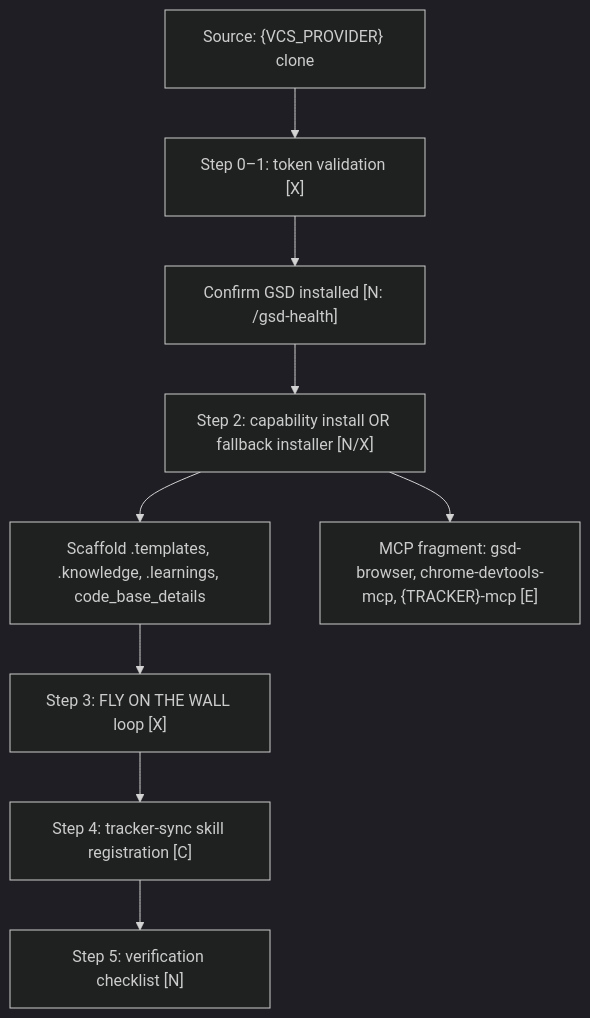
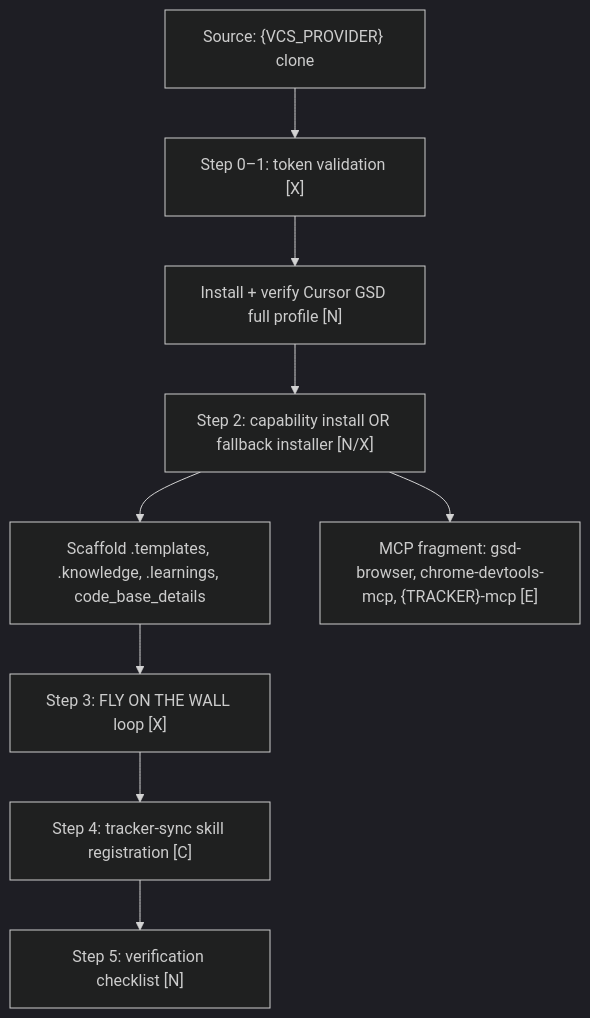
One commit to vs06101996/NetApp-GSD-Recipe changed the diagram in docs/netapp-recipe/lld/INSTALL-LLD.md. Above: the diagram before and after it, drawn with Mermaid (dark theme). The commit also changed other lines of this file and 61 other files, not shown here.

````diff
--- a/docs/netapp-recipe/lld/INSTALL-LLD.md
+++ b/docs/netapp-recipe/lld/INSTALL-LLD.md
@@ -49,11 +49,11 @@
 ```mermaid
 flowchart TB
   SRC["Source: {VCS_PROVIDER} clone"] --> TOK["Step 0–1: token validation [X]"]
-  TOK --> GSD["Confirm GSD installed [N: /gsd-health]"]
+  TOK --> GSD["Install + verify Cursor GSD full profile [N]"]
   GSD --> CAP["Step 2: capability install OR fallback installer [N/X]"]
   CAP --> DIRS["Scaffold .templates, .knowledge, .learnings, code_base_details"]
   CAP --> MCP["MCP fragment: gsd-browser, chrome-devtools-mcp, {TRACKER}-mcp [E]"]
   DIRS --> FOTW["Step 3: FLY ON THE WALL loop [X]"]
   FOTW --> SYNC["Step 4: tracker-sync skill registration [C]"]
   SYNC --> VER["Step 5: verification checklist [N]"]
 ```
````
